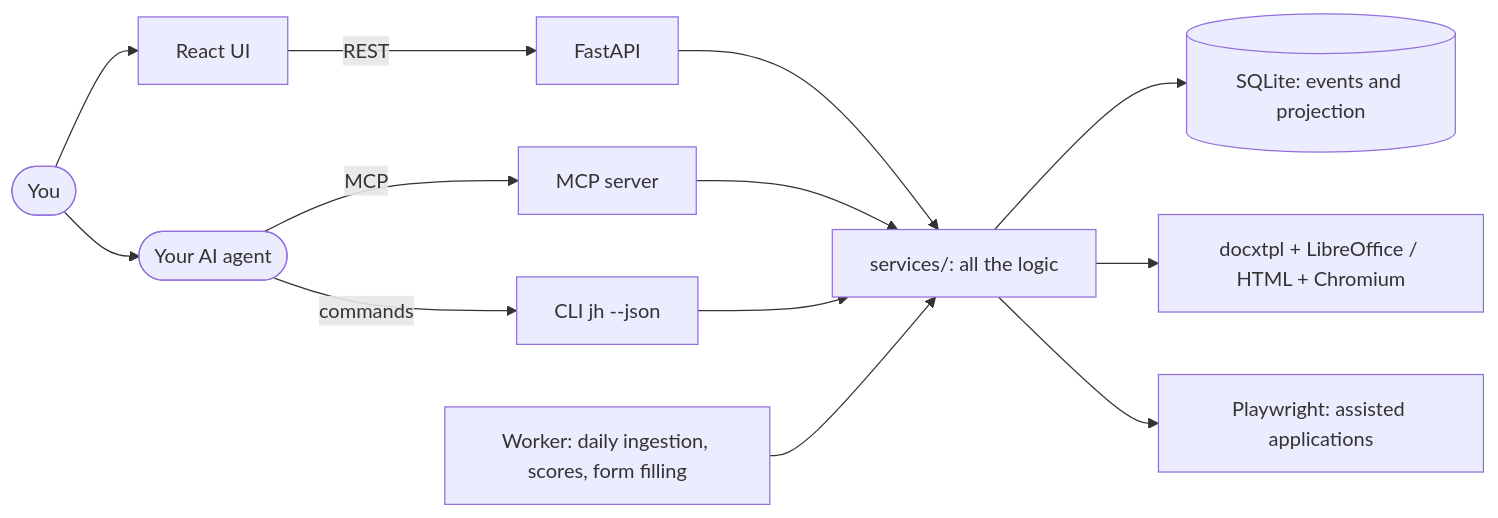
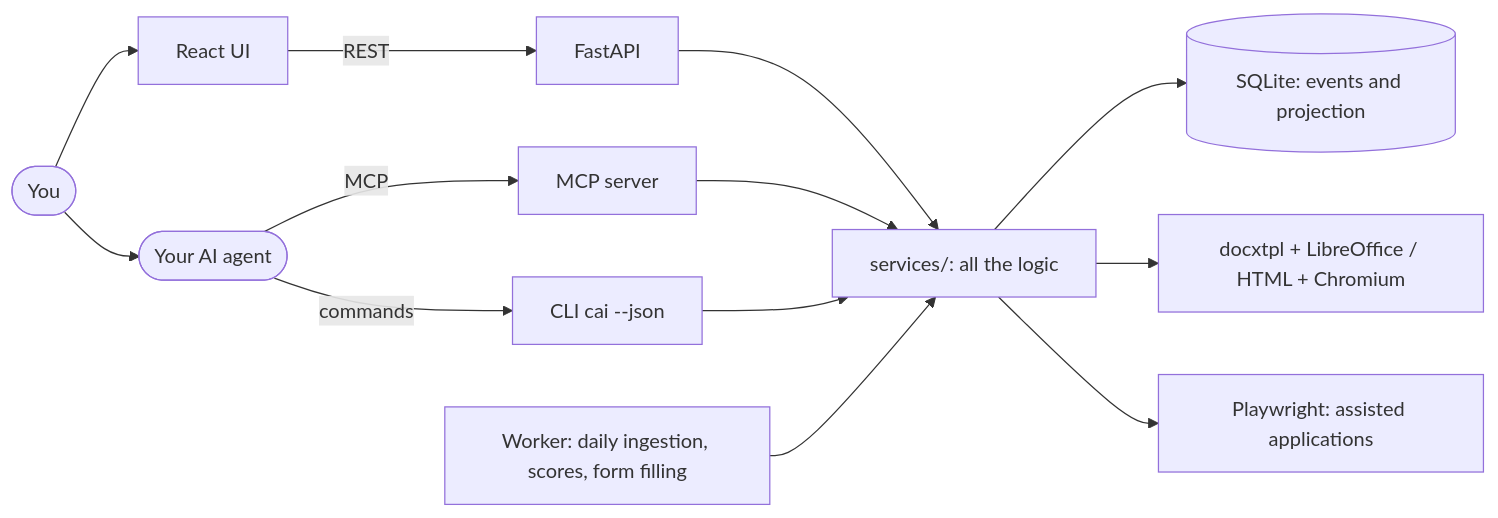
The first of 2 diagrams in README.md (DiegoPrieto23/candidatai), drawn with Mermaid before and after one commit. The commit also changed other lines of this file and 296 other files, not shown here.

````diff
--- a/README.md
+++ b/README.md
@@ -276,15 +276,15 @@
 ```mermaid
 flowchart LR
     user([You]) --> ui[React UI]
     user --> agent([Your AI agent])
     ui -->|REST| api[FastAPI]
     agent -->|MCP| mcp[MCP server]
-    agent -->|commands| cli[CLI jh --json]
+    agent -->|commands| cli[CLI cai --json]
     api --> svc
     mcp --> svc
     cli --> svc
     worker[Worker: daily ingestion, scores, form filling] --> svc
     svc[services/: all the logic] --> db[(SQLite: events and projection)]
     svc --> docs[docxtpl + LibreOffice / HTML + Chromium]
     svc --> pw[Playwright: assisted applications]
 ```
````
